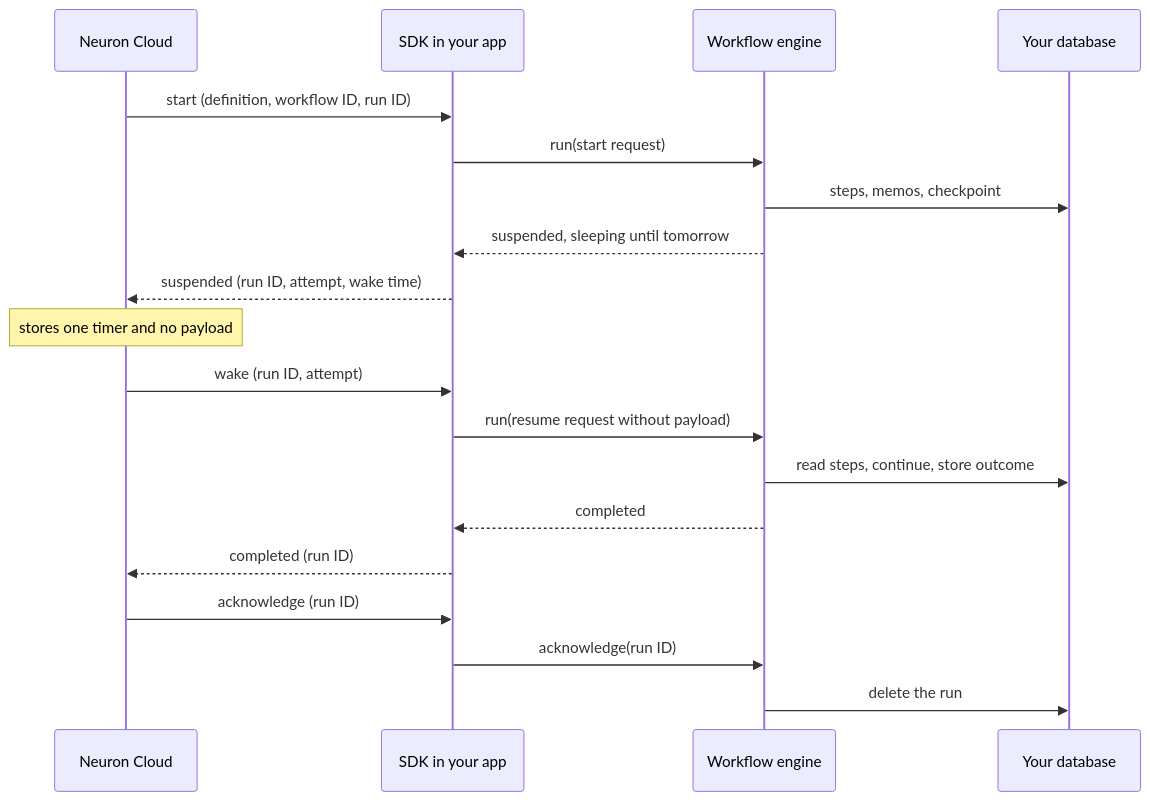
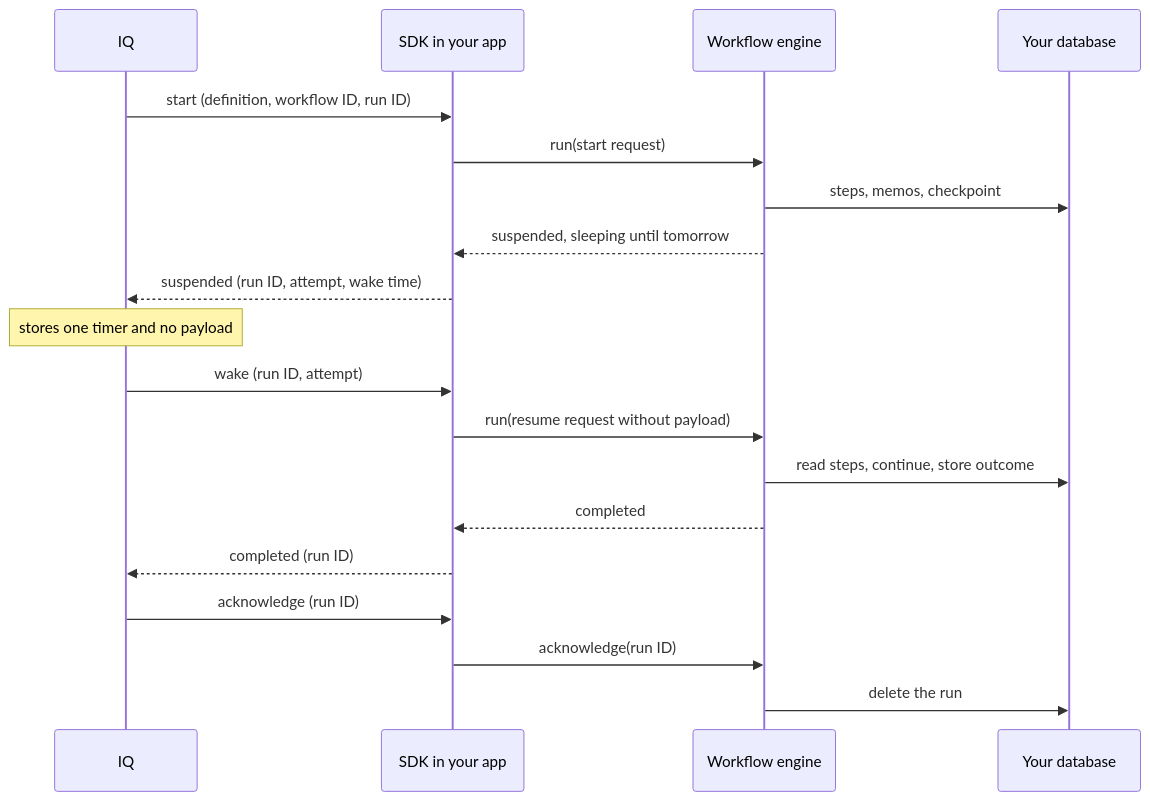
The second of 2 diagrams in DURABLE_PLATFORM_READINESS.md (neuron-core/iq-php-sdk), drawn with Mermaid before and after one commit. The commit also changed other lines of this file and 560 other files, not shown here.

````diff
--- a/DURABLE_PLATFORM_READINESS.md
+++ b/DURABLE_PLATFORM_READINESS.md
@@ -252,22 +252,22 @@
 ```mermaid
 sequenceDiagram
-    participant C as Neuron Cloud
+    participant C as IQ
     participant S as SDK in your app
     participant E as Workflow engine
     participant D as Your database
 
     C->>S: start (definition, workflow ID, run ID)
     S->>E: run(start request)
     E->>D: steps, memos, checkpoint
     E-->>S: suspended, sleeping until tomorrow
     S-->>C: suspended (run ID, attempt, wake time)
     Note over C: stores one timer and no payload
     C->>S: wake (run ID, attempt)
     S->>E: run(resume request without payload)
     E->>D: read steps, continue, store outcome
     E-->>S: completed
     S-->>C: completed (run ID)
     C->>S: acknowledge (run ID)
     S->>E: acknowledge(run ID)
     E->>D: delete the run
 ```
````
